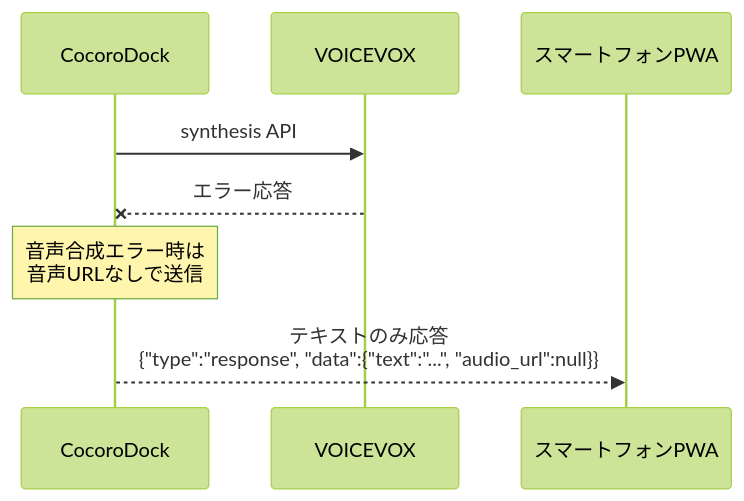
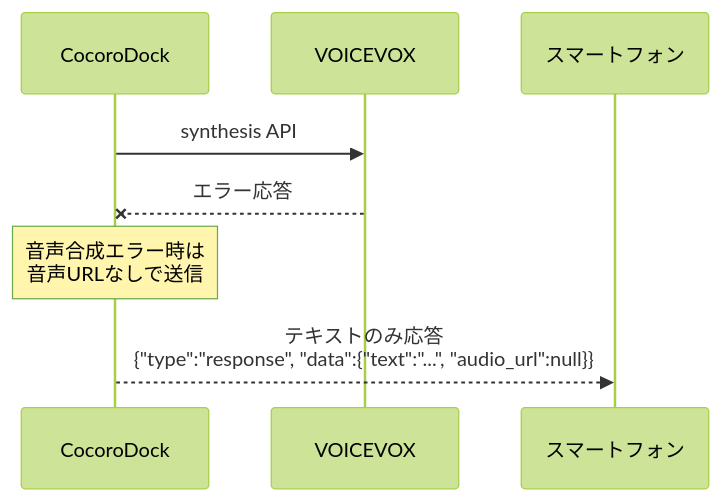
One commit to hirona98/CocoroCoreM changed the sixth of 6 diagrams in docs/CocoroAI_Web対応処理シーケンス.md. Above: the diagram before and after it, drawn with Mermaid (forest theme). The commit also changed other lines of this file and 1 other file, not shown here.

````diff
--- a/docs/CocoroAI_Web対応処理シーケンス.md
+++ b/docs/CocoroAI_Web対応処理シーケンス.md
@@ -248,11 +247,11 @@
 ```mermaid
 sequenceDiagram
     participant Dock as CocoroDock
     participant VV as VOICEVOX
-    participant PWA as スマートフォンPWA
+    participant ブラウザ as スマートフォン
     
     Dock->>VV: synthesis API
     VV--xDock: エラー応答
     Note over Dock: 音声合成エラー時は<br/>音声URLなしで送信
-    Dock-->>PWA: テキストのみ応答<br/>{"type":"response", "data":{"text":"...", "audio_url":null}}
+    Dock-->>ブラウザ: テキストのみ応答<br/>{"type":"response", "data":{"text":"...", "audio_url":null}}
 ```
````
